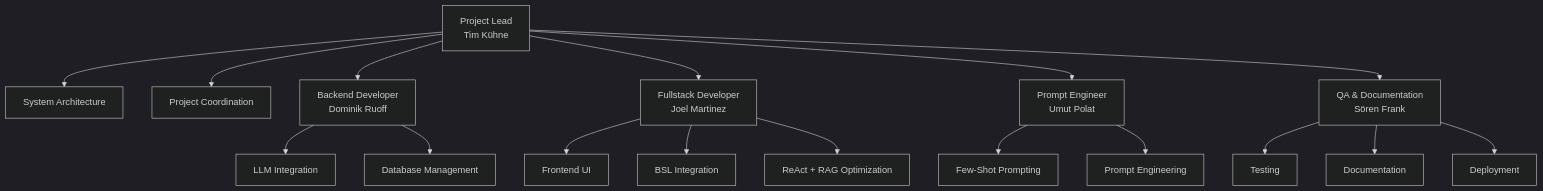
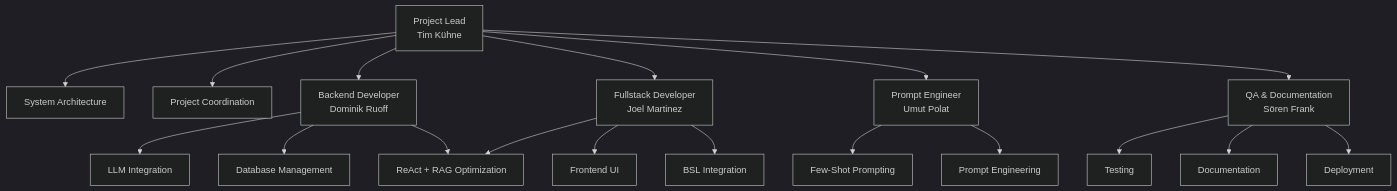
The fifth of 5 diagrams in docs/PROJEKT_ABGABE.md (JoelRai07/Projekt-Vetter-SQL), drawn with Mermaid (dark theme) before and after one commit.

````diff
--- a/docs/PROJEKT_ABGABE.md
+++ b/docs/PROJEKT_ABGABE.md
@@ -824,24 +824,25 @@
 ```mermaid
 graph TD
     PL[Project Lead<br/>Tim Kühne] --> ARCH[System Architecture]
     PL --> COORD[Project Coordination]
 
     PL --> BE[Backend Developer<br/>Dominik Ruoff]
     PL --> FS[Fullstack Developer<br/>Joel Martinez]
     PL --> PE[Prompt Engineer<br/>Umut Polat]
     PL --> QA[QA & Documentation<br/>Sören Frank]
 
     BE --> LLM[LLM Integration]
     BE --> DB[Database Management]
+    BE --> RAG[ReAct + RAG]
 
     FS --> FE[Frontend UI]
     FS --> BSL[BSL Integration]
-    FS --> RAR[ReAct + RAG Optimization]
+    FS --> RAG[ReAct + RAG Optimization]
 
     PE --> PROMPT[Few-Shot Prompting]
     PE --> PE2[Prompt Engineering]
 
     QA --> TEST[Testing]
     QA --> DOCS[Documentation]
     QA --> DEPLOY[Deployment]
 ```
````
